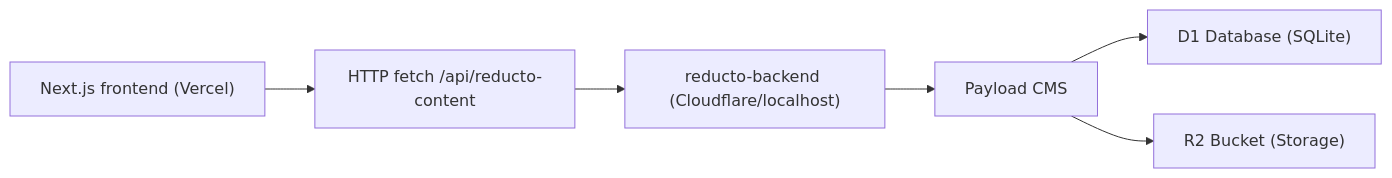
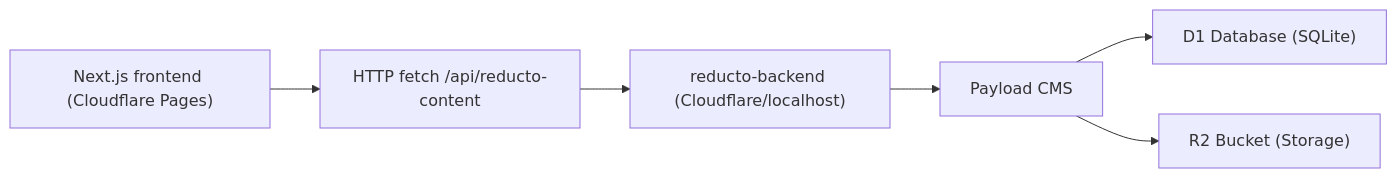
The second of 2 diagrams in docs/system-architecture.md (hthmkt12/reducto-web), drawn with Mermaid before and after one commit. The commit also changed other lines of this file and 12 other files, not shown here.

First line of the commit message:
feat: deploy frontend on Cloudflare Pages

````diff
--- a/docs/system-architecture.md
+++ b/docs/system-architecture.md
@@ -47,8 +47,8 @@
 ```mermaid
 flowchart LR
-  UI["Next.js frontend (Vercel)"] --> APIFetch["HTTP fetch /api/reducto-content"]
+  UI["Next.js frontend (Cloudflare Pages)"] --> APIFetch["HTTP fetch /api/reducto-content"]
   APIFetch --> Backend["reducto-backend (Cloudflare/localhost)"]
   Backend --> Payload["Payload CMS"]
   Payload --> DB["D1 Database (SQLite)"]
   Payload --> Storage["R2 Bucket (Storage)"]
 ```
````
